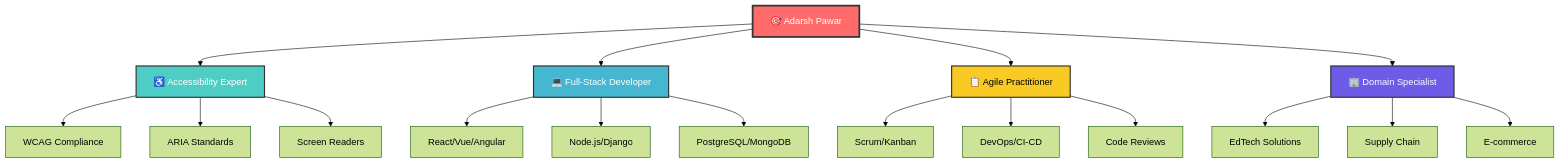
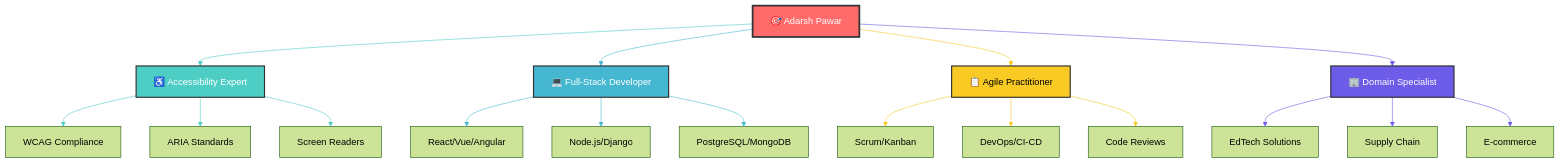
One commit to AdarshPawar29/adarshpawar29 changed the diagram in readme.md. Above: the diagram before and after it, drawn with Mermaid (forest theme). The commit also changed other lines of this file, not shown here.

````diff
--- a/readme.md
+++ b/readme.md
@@ -207,29 +229,49 @@
 ```mermaid
 graph TD
     A[🎯 Adarsh Pawar] --> B[♿ Accessibility Expert]
     A --> C[💻 Full-Stack Developer]
     A --> D[📋 Agile Practitioner]
     A --> E[🏢 Domain Specialist]
 
     B --> B1[WCAG Compliance]
     B --> B2[ARIA Standards]
     B --> B3[Screen Readers]
 
     C --> C1[React/Vue/Angular]
     C --> C2[Node.js/Django]
     C --> C3[PostgreSQL/MongoDB]
 
     D --> D1[Scrum/Kanban]
     D --> D2[DevOps/CI-CD]
     D --> D3[Code Reviews]
 
     E --> E1[EdTech Solutions]
     E --> E2[Supply Chain]
     E --> E3[E-commerce]
 
+    %% Node Styling
     style A fill:#ff6b6b,stroke:#333,stroke-width:3px,color:#fff
     style B fill:#4ecdc4,stroke:#333,stroke-width:2px,color:#fff
     style C fill:#45b7d1,stroke:#333,stroke-width:2px,color:#fff
     style D fill:#f9ca24,stroke:#333,stroke-width:2px,color:#000
     style E fill:#6c5ce7,stroke:#333,stroke-width:2px,color:#fff
+
+    %% Link Styling - Thinner branches
+    linkStyle default stroke-width:1px
+    linkStyle 0 stroke:#4ecdc4,stroke-width:1px
+    linkStyle 1 stroke:#45b7d1,stroke-width:1px
+    linkStyle 2 stroke:#f9ca24,stroke-width:1px
+    linkStyle 3 stroke:#6c5ce7,stroke-width:1px
+    linkStyle 4 stroke:#4ecdc4,stroke-width:1px
+    linkStyle 5 stroke:#4ecdc4,stroke-width:1px
+    linkStyle 6 stroke:#4ecdc4,stroke-width:1px
+    linkStyle 7 stroke:#45b7d1,stroke-width:1px
+    linkStyle 8 stroke:#45b7d1,stroke-width:1px
+    linkStyle 9 stroke:#45b7d1,stroke-width:1px
+    linkStyle 10 stroke:#f9ca24,stroke-width:1px
+    linkStyle 11 stroke:#f9ca24,stroke-width:1px
+    linkStyle 12 stroke:#f9ca24,stroke-width:1px
+    linkStyle 13 stroke:#6c5ce7,stroke-width:1px
+    linkStyle 14 stroke:#6c5ce7,stroke-width:1px
+    linkStyle 15 stroke:#6c5ce7,stroke-width:1px
 ```
````
